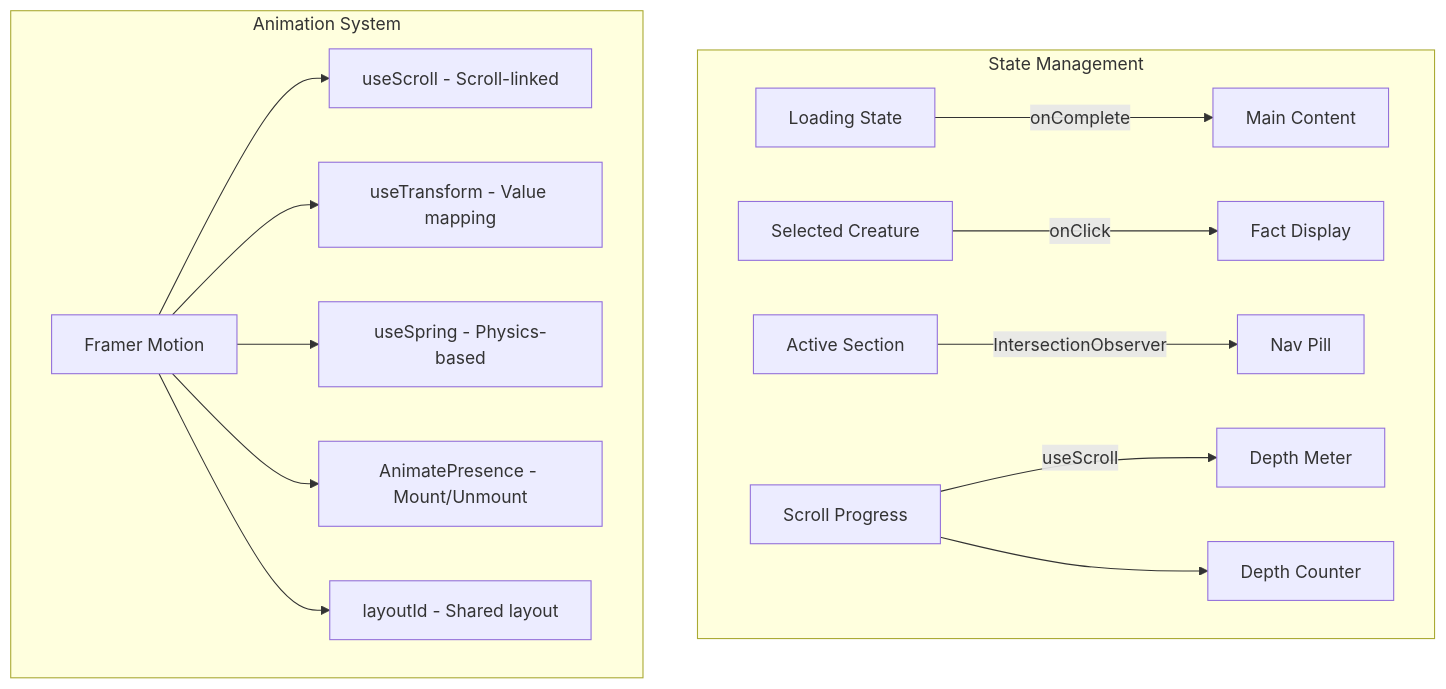
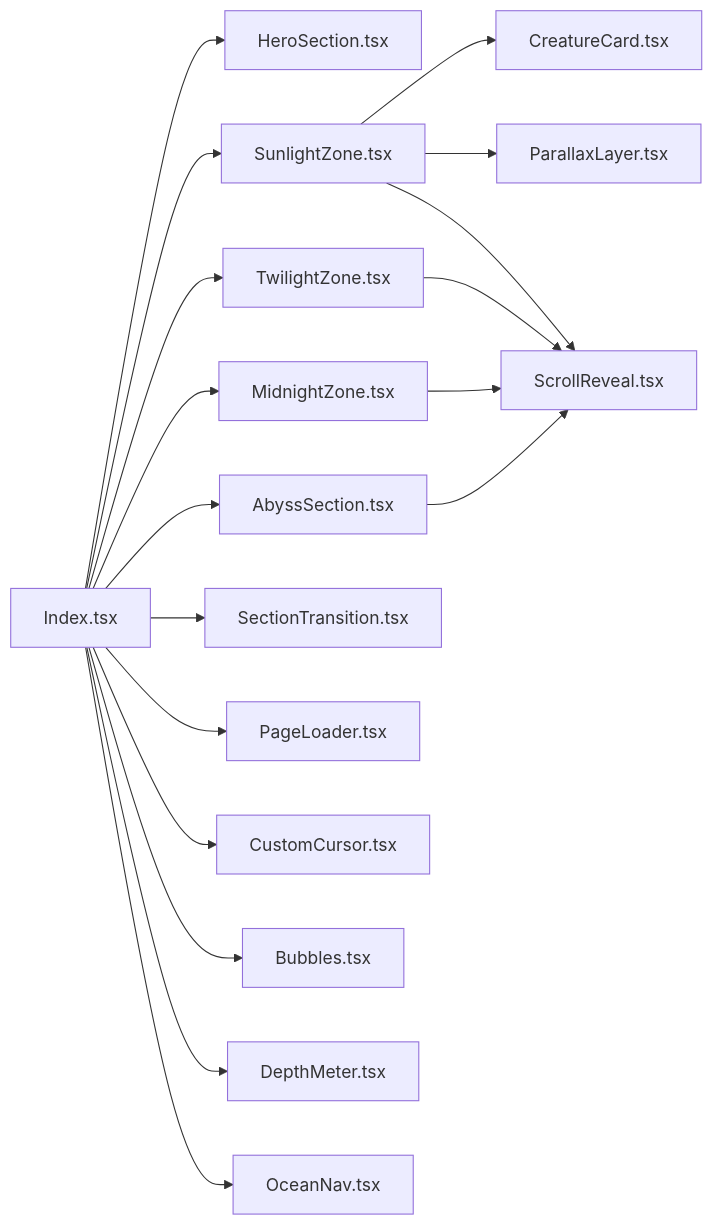
The fourth of 6 diagrams in architecture.md (ramalokeshreddyp/Abyss-Atlas), drawn with Mermaid before and after one commit. The commit also changed other lines of this file and 21 other files, not shown here.

````diff
--- a/architecture.md
+++ b/architecture.md
@@ -57,18 +78,21 @@
 ```mermaid
-flowchart TD
-    subgraph "State Management"
-        A[Loading State] -->|onComplete| B[Main Content]
-        C[Selected Creature] -->|onClick| D[Fact Display]
-        E[Active Section] -->|IntersectionObserver| F[Nav Pill]
-        G[Scroll Progress] -->|useScroll| H[Depth Meter]
-        G --> I[Depth Counter]
-    end
-    
-    subgraph "Animation System"
-        J[Framer Motion] --> K[useScroll - Scroll-linked]
-        J --> L[useTransform - Value mapping]
-        J --> M[useSpring - Physics-based]
-        J --> N[AnimatePresence - Mount/Unmount]
-        J --> O[layoutId - Shared layout]
-    end
+graph LR
+    A[Index.tsx] --> B[HeroSection.tsx]
+    A --> C[SunlightZone.tsx]
+    A --> D[TwilightZone.tsx]
+    A --> E[MidnightZone.tsx]
+    A --> F[AbyssSection.tsx]
+    A --> G[SectionTransition.tsx]
+    A --> H[PageLoader.tsx]
+    A --> I[CustomCursor.tsx]
+    A --> J[Bubbles.tsx]
+    A --> K[DepthMeter.tsx]
+    A --> L[OceanNav.tsx]
+
+    C --> M[CreatureCard.tsx]
+    C --> N[ParallaxLayer.tsx]
+    C --> O[ScrollReveal.tsx]
+    D --> O
+    E --> O
+    F --> O
 ```
````
